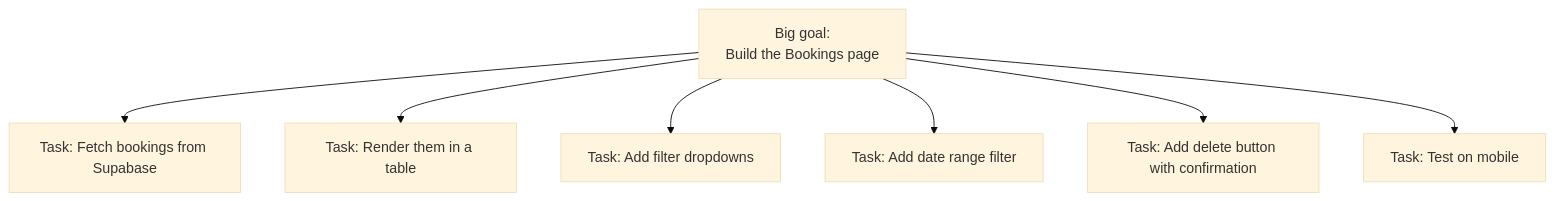
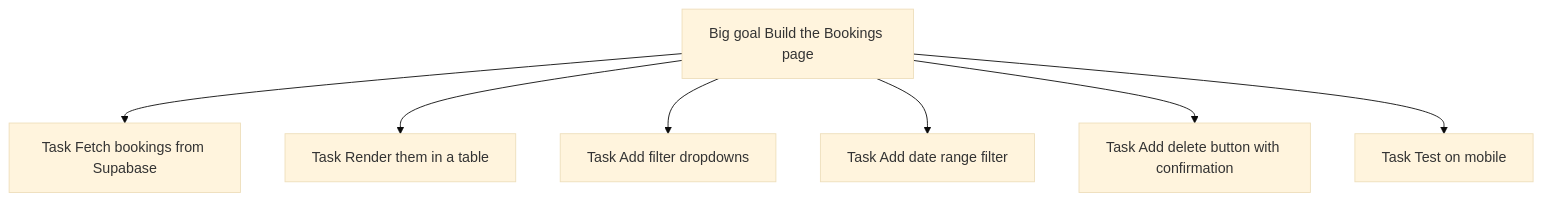
Before and after one commit to wongjinar-ai/expample: the second of 6 diagrams in learning/04-project-management.md, drawn with Mermaid (base theme). The commit also changed other lines of this file and 16 other files, not shown here.

````diff
--- a/learning/04-project-management.md
+++ b/learning/04-project-management.md
@@ -50,9 +50,9 @@
 ```mermaid
 flowchart TD
-    Big["Big goal:\nBuild the Bookings page"] --> M1["Task: Fetch bookings from Supabase"]
-    Big --> M2["Task: Render them in a table"]
-    Big --> M3["Task: Add filter dropdowns"]
-    Big --> M4["Task: Add date range filter"]
-    Big --> M5["Task: Add delete button with confirmation"]
-    Big --> M6["Task: Test on mobile"]
+    Big[Big goal Build the Bookings page] --> M1[Task Fetch bookings from Supabase]
+    Big --> M2[Task Render them in a table]
+    Big --> M3[Task Add filter dropdowns]
+    Big --> M4[Task Add date range filter]
+    Big --> M5[Task Add delete button with confirmation]
+    Big --> M6[Task Test on mobile]
 ```
````
